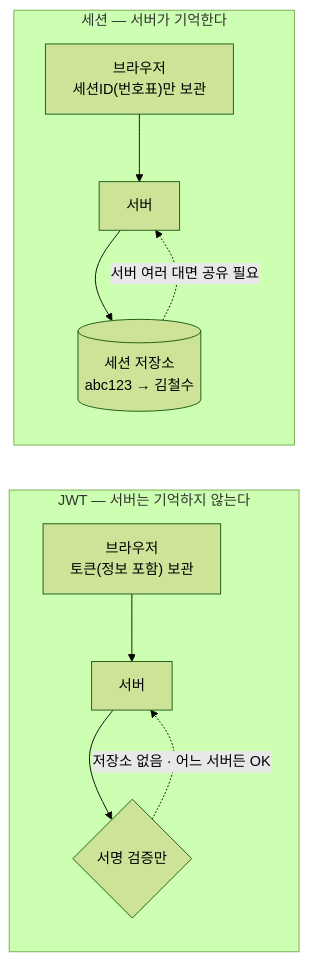
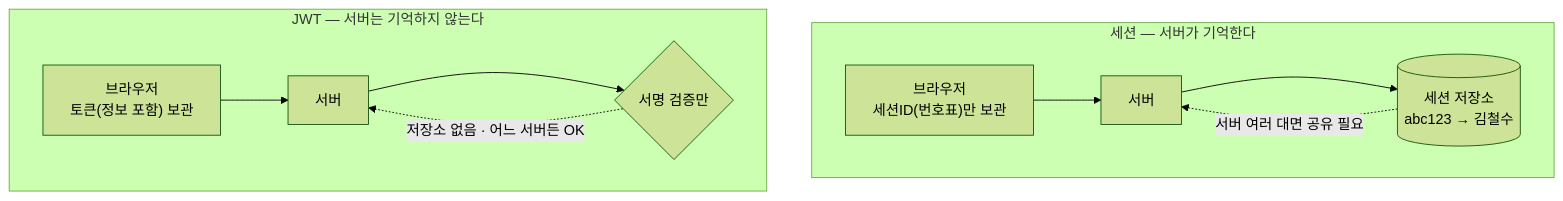
Before and after one commit to dpcivl/dev-blog: the diagram in src/data/mermaid/restored/3d959c5df7b86ae2.mmd, drawn with Mermaid (forest theme). The commit also changed 89 other files, not shown here.

First line of the commit message:
영어판 다이어그램 31개 — EN 글이 더는 한국어 그림을 쓰지 않는다

```diff
--- a/src/data/mermaid/restored/3d959c5df7b86ae2.mmd
+++ b/src/data/mermaid/restored/3d959c5df7b86ae2.mmd
@@ -1,12 +1,15 @@
 %% alt: 세션과 JWT 의 차이 — 세션은 서버가 세션 저장소에 사용자 정보를 기억하고 사용자는 번호표만 들고 다니지만, JWT 는 토큰 자체에 정보를 담아 서버는 아무것도 저장하지 않고 서명 검증만 한다
 flowchart LR
   subgraph JWT["JWT — 서버는 기억하지 않는다"]
+    direction LR
     JB["브라우저<br/>토큰(정보 포함) 보관"] --> JS["서버"]
     JS --> JV{"서명 검증만"}
     JV -.->|"저장소 없음 · 어느 서버든 OK"| JS
   end
   subgraph 세션["세션 — 서버가 기억한다"]
+    direction LR
     SB["브라우저<br/>세션ID(번호표)만 보관"] --> SS["서버"]
     SS --> SD[("세션 저장소<br/>abc123 → 김철수")]
     SD -.->|"서버 여러 대면 공유 필요"| SS
   end
+  JWT ~~~ 세션
```
